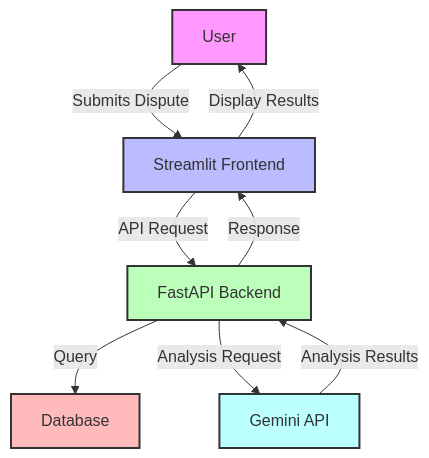
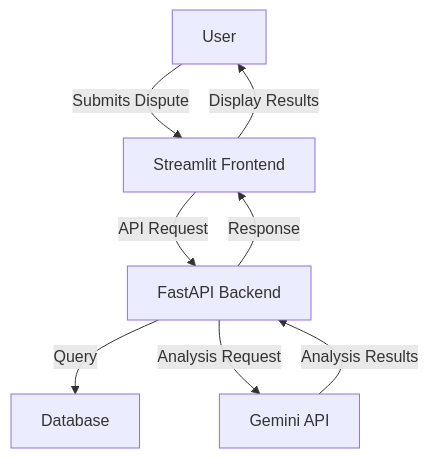
One commit to DebopamParam/AI-Powered_Dispute_Resolution changed the first of 5 diagrams in README.md. Above: the diagram before and after it, drawn with Mermaid. The commit also changed other lines of this file, not shown here.

````diff
--- a/README.md
+++ b/README.md
@@ -72,15 +72,10 @@
 ```mermaid
 graph TD
     A[User] -->|Submits Dispute| B[Streamlit Frontend]
     B -->|API Request| C[FastAPI Backend]
     C -->|Query| D[Database]
     C -->|Analysis Request| E[Gemini API]
     E -->|Analysis Results| C
     C -->|Response| B
     B -->|Display Results| A
-    style A fill:#f9f,stroke:#333,stroke-width:2px
-    style B fill:#bbf,stroke:#333,stroke-width:2px
-    style C fill:#bfb,stroke:#333,stroke-width:2px
-    style D fill:#fbb,stroke:#333,stroke-width:2px
-    style E fill:#bff,stroke:#333,stroke-width:2px
 ```
````
